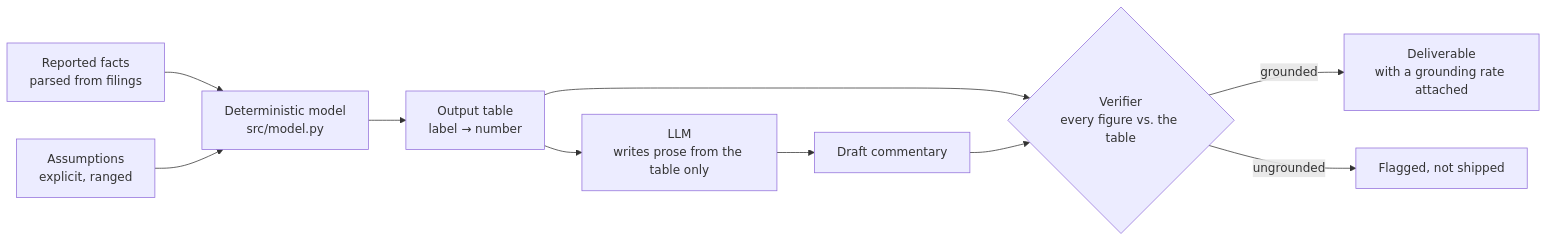
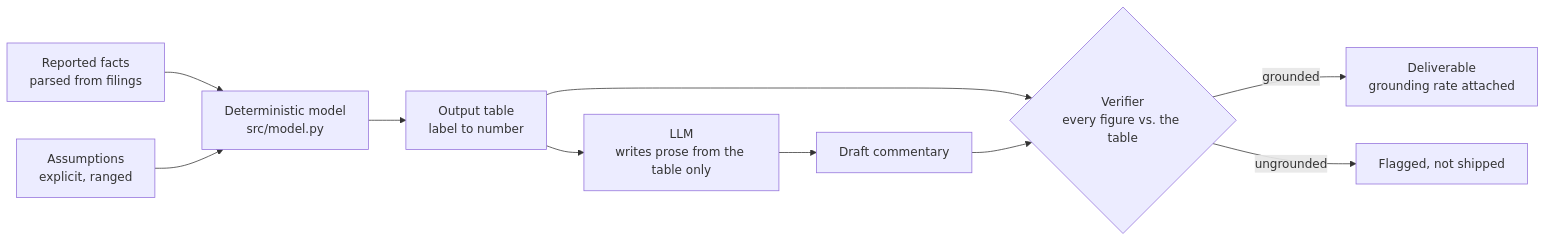
Before and after one commit to morichtereur/fpa-decision-model: the diagram in README.md, drawn with Mermaid.

Commit message:
Quote the mermaid node labels so GitHub renders the diagram
Unquoted labels containing <br/> and a Unicode arrow left GitHub showing the
block as raw source instead of a flowchart.

````diff
--- a/README.md
+++ b/README.md
@@ -34,12 +34,12 @@
 ```mermaid
 flowchart LR
-    F[Reported facts<br/>parsed from filings] --> M[Deterministic model<br/>src/model.py]
-    A[Assumptions<br/>explicit, ranged] --> M
-    M --> T[Output table<br/>label → number]
-    T --> L[LLM<br/>writes prose from the table only]
-    L --> P[Draft commentary]
-    T --> V{Verifier<br/>every figure vs. the table}
+    F["Reported facts<br/>parsed from filings"] --> M["Deterministic model<br/>src/model.py"]
+    A["Assumptions<br/>explicit, ranged"] --> M
+    M --> T["Output table<br/>label to number"]
+    T --> L["LLM<br/>writes prose from the table only"]
+    L --> P["Draft commentary"]
+    T --> V{"Verifier<br/>every figure vs. the table"}
     P --> V
-    V -->|grounded| D[Deliverable<br/>with a grounding rate attached]
-    V -->|ungrounded| R[Flagged, not shipped]
+    V -->|grounded| D["Deliverable<br/>grounding rate attached"]
+    V -->|ungrounded| R["Flagged, not shipped"]
 ```
````
